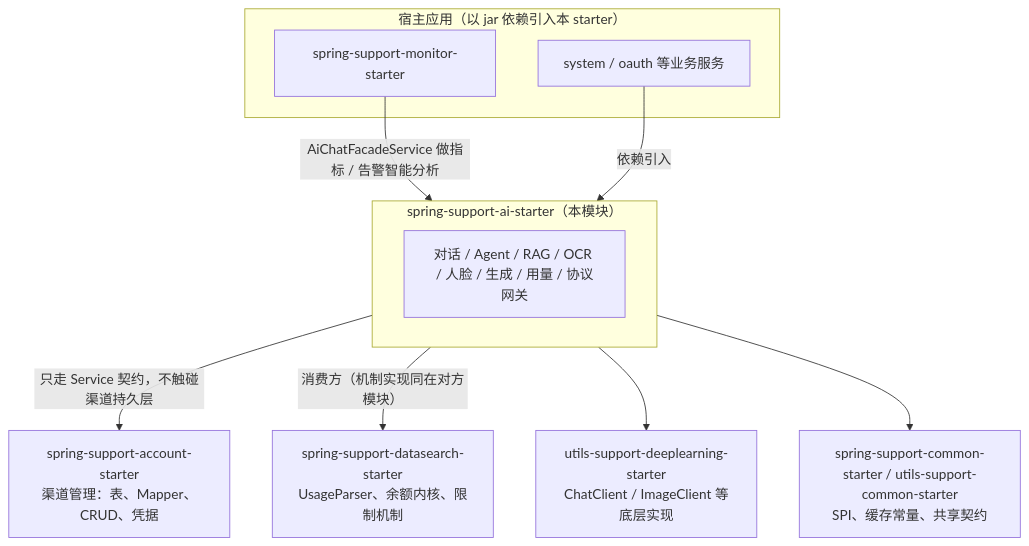
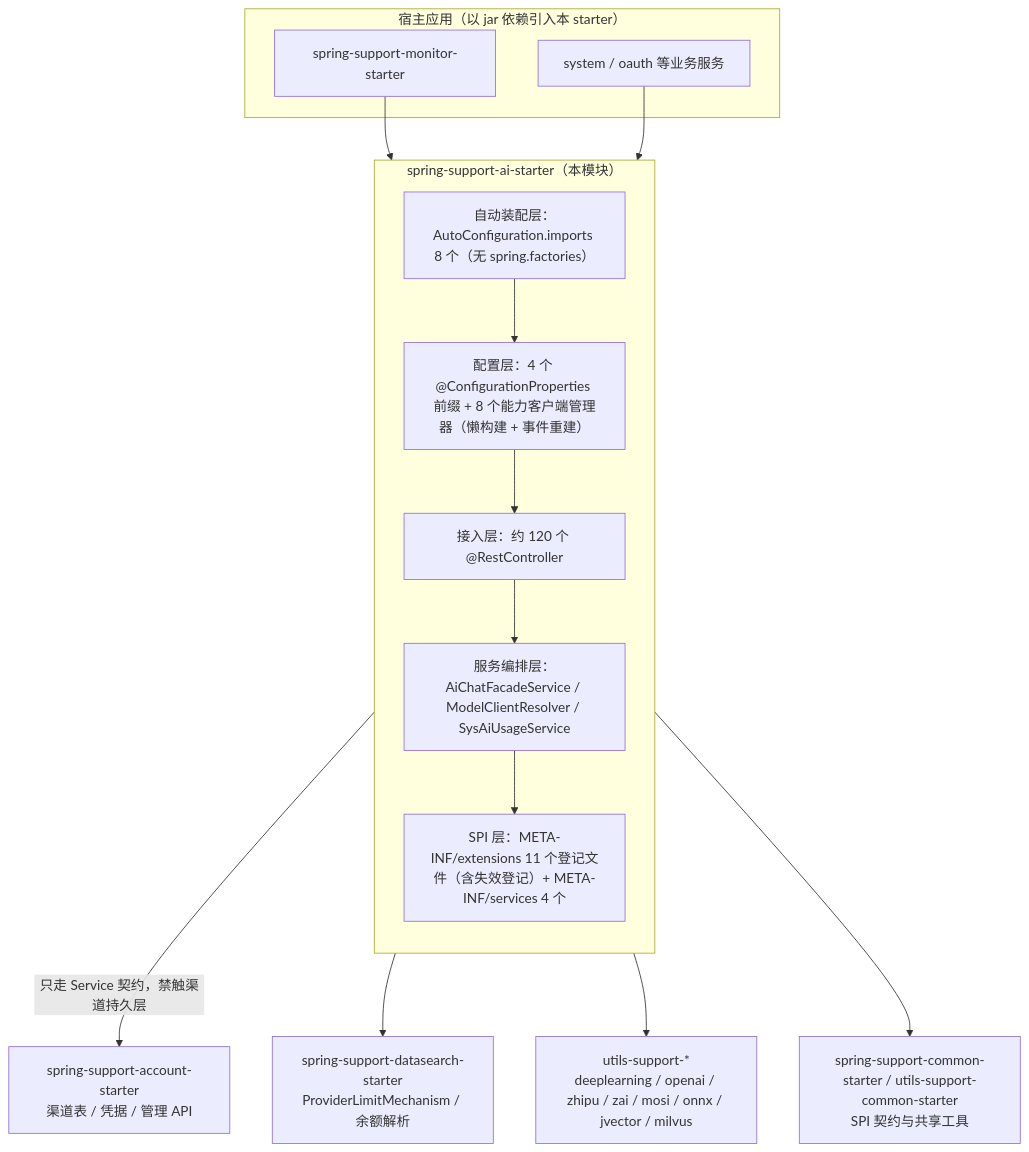
One commit to CHTK001/spring-support-parent-starter changed the first of 2 diagrams in spring-support-ai-starter/README.md. Above: the diagram before and after it, drawn with Mermaid. The commit also changed other lines of this file and 54 other files, not shown here.

````diff
--- a/spring-support-ai-starter/README.md
+++ b/spring-support-ai-starter/README.md
@@ -15,20 +9,26 @@
 ```mermaid
 flowchart TB
-    subgraph hosts["宿主应用（以 jar 依赖引入本 starter）"]
+    subgraph host["宿主应用（以 jar 依赖引入本 starter）"]
         MON["spring-support-monitor-starter"]
         SYS["system / oauth 等业务服务"]
     end
     subgraph ai["spring-support-ai-starter（本模块）"]
-        CORE["对话 / Agent / RAG / OCR / 人脸 / 生成 / 用量 / 协议网关"]
+        direction TB
+        AUTO["自动装配层：AutoConfiguration.imports 8 个（无 spring.factories）"]
+        CFG["配置层：4 个 @ConfigurationProperties 前缀 + 8 个能力客户端管理器（懒构建 + 事件重建）"]
+        WEB["接入层：约 120 个 @RestController"]
+        SVC["服务编排层：AiChatFacadeService / ModelClientResolver / SysAiUsageService"]
+        SPI["SPI 层：META-INF/extensions 11 个登记文件（含失效登记）+ META-INF/services 4 个"]
+        AUTO --> CFG --> WEB --> SVC --> SPI
     end
-    ACC["spring-support-account-starter<br/>渠道管理：表、Mapper、CRUD、凭据"]
-    DS["spring-support-datasearch-starter<br/>UsageParser、余额内核、限制机制"]
-    DL["utils-support-deeplearning-starter<br/>ChatClient / ImageClient 等底层实现"]
-    COM["spring-support-common-starter / utils-support-common-starter<br/>SPI、缓存常量、共享契约"]
-    MON -->|"AiChatFacadeService 做指标 / 告警智能分析"| ai
-    SYS -->|"依赖引入"| ai
-    ai -->|"只走 Service 契约，不触碰渠道持久层"| ACC
-    ai -->|"消费方（机制实现同在对方模块）"| DS
-    ai --> DL
+    ACC["spring-support-account-starter<br/>渠道表 / 凭据 / 管理 API"]
+    DS["spring-support-datasearch-starter<br/>ProviderLimitMechanism / 余额解析"]
+    UTIL["utils-support-*<br/>deeplearning / openai / zhipu / zai / mosi / onnx / jvector / milvus"]
+    COM["spring-support-common-starter / utils-support-common-starter<br/>SPI 契约与共享工具"]
+    MON --> ai
+    SYS --> ai
+    ai -->|"只走 Service 契约，禁触渠道持久层"| ACC
+    ai --> DS
+    ai --> UTIL
     ai --> COM
 ```
````
